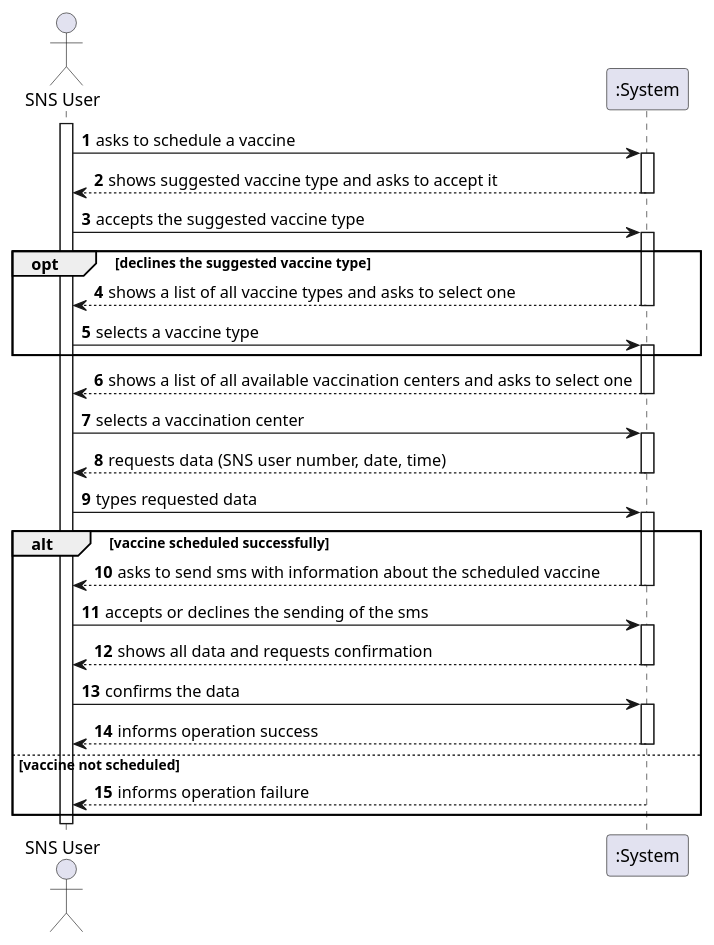
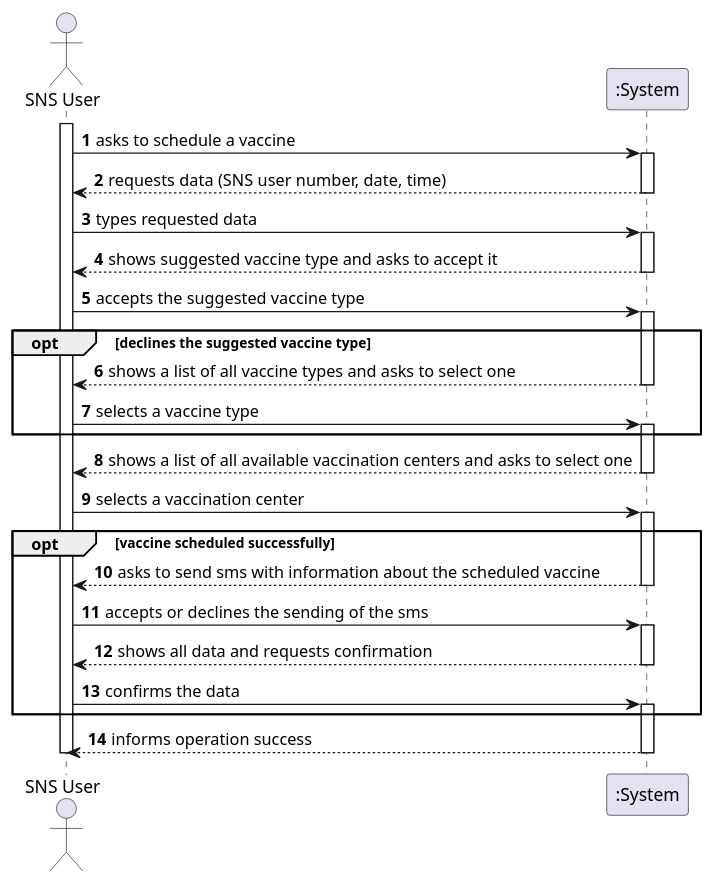
One commit to miseEnPlace-i/lapr2 changed the diagram in docs/SprintC/US01/SSD/US01_SSD.puml. Above: the diagram before and after it, drawn with PlantUML.

Commit message:
docs(us-01): updated ssd

```diff
--- a/docs/SprintC/US01/SSD/US01_SSD.puml
+++ b/docs/SprintC/US01/SSD/US01_SSD.puml
@@ -1,46 +1,45 @@
 @startuml US01_SSD
 autonumber
 actor "SNS User" as user
 
 activate user
+
 user -> ":System" : asks to schedule a vaccine
+activate ":System"
+":System" --> user : requests data (SNS user number, date, time)
+deactivate ":System"
+
+user -> ":System" : types requested data
 activate ":System"
 ":System" --> user : shows suggested vaccine type and asks to accept it
 deactivate ":System"
 
 user -> ":System" : accepts the suggested vaccine type
 opt declines the suggested vaccine type
     activate ":System"
     ":System" --> user : shows a list of all vaccine types and asks to select one
     deactivate ":System"
     user -> ":System" : selects a vaccine type
     activate ":System"
 end
 ":System" --> user : shows a list of all available vaccination centers and asks to select one
 deactivate ":System"
 
 user -> ":System" : selects a vaccination center
-activate ":System"
-":System" --> user : requests data (SNS user number, date, time)
-deactivate ":System"
-
-user -> ":System" : types requested data
-alt vaccine scheduled successfully
+opt vaccine scheduled successfully
     activate ":System"
     ":System" --> user : asks to send sms with information about the scheduled vaccine
     deactivate ":System"
     user -> ":System" : accepts or declines the sending of the sms
     activate ":System"
     ":System" --> user : shows all data and requests confirmation
     deactivate ":System"
     user -> ":System" : confirms the data
     activate ":System"
-    ":System" --> user : informs operation success
-    deactivate ":System"
-else vaccine not scheduled
-    ":System" --> user : informs operation failure
 end
+":System" --> user : informs operation success
+deactivate ":System"
 
 deactivate user
 
 @enduml
```
